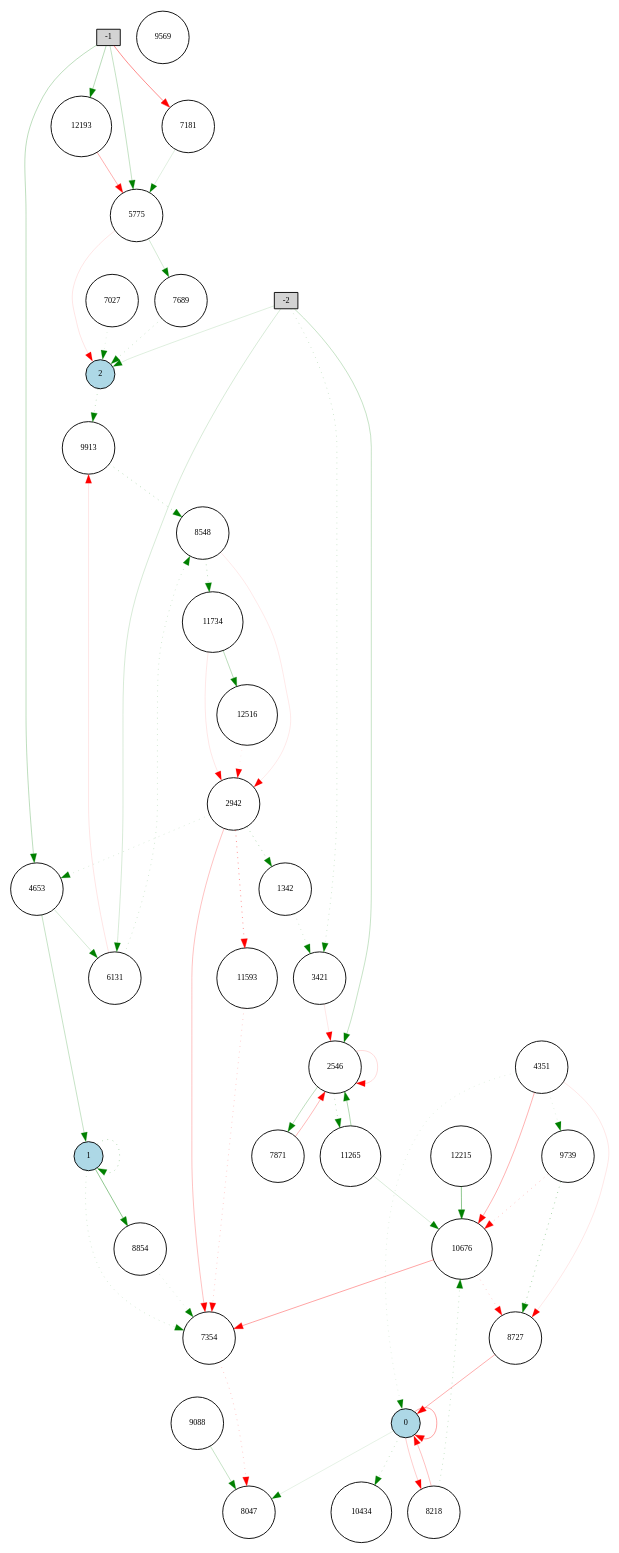
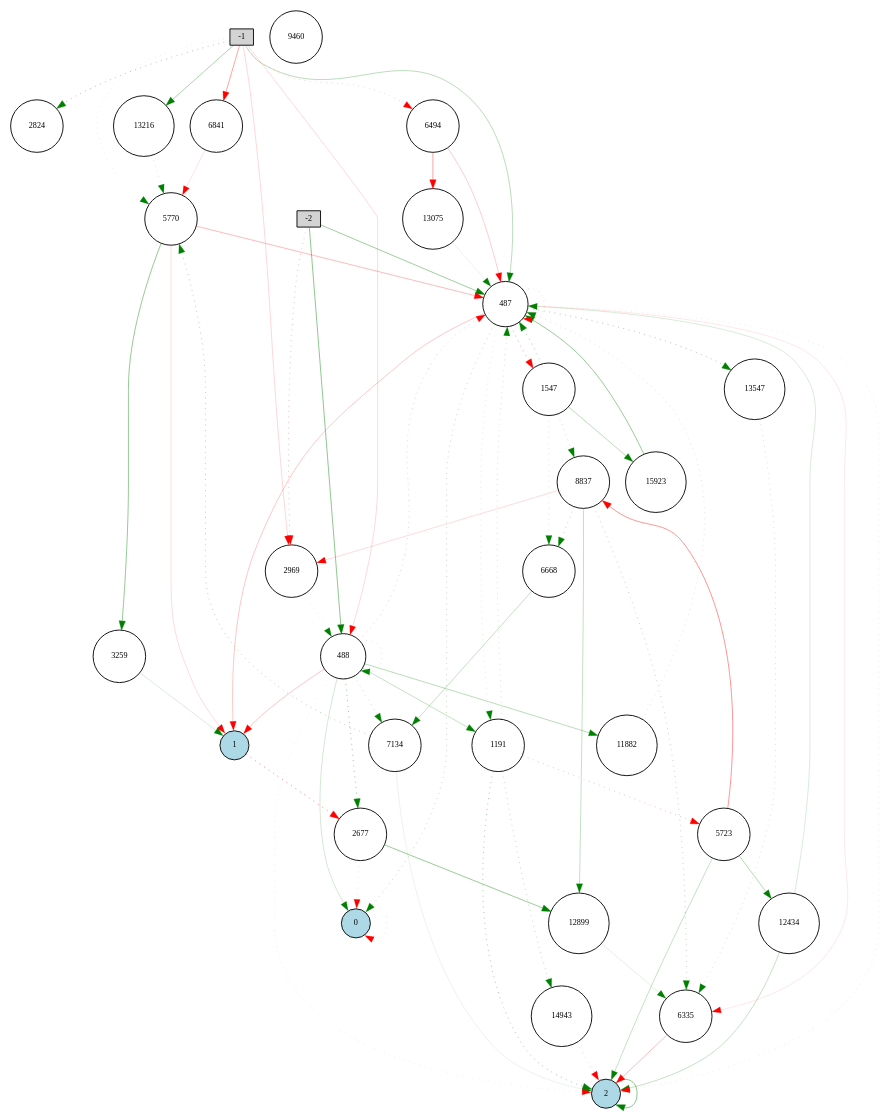
One commit to Aayush499/Neat-Foraging changed the diagram in Digraph.gv. Above: the diagram before and after it, drawn with Graphviz. The commit also changed 24 other files, not shown here.

```diff
--- a/Digraph.gv
+++ b/Digraph.gv
@@ -1,98 +1,102 @@
 digraph {
 	node [fontsize=9 height=0.2 shape=circle width=0.2]
 	-1 [fillcolor=lightgray shape=box style=filled]
 	-2 [fillcolor=lightgray shape=box style=filled]
 	0 [fillcolor=lightblue style=filled]
 	1 [fillcolor=lightblue style=filled]
 	2 [fillcolor=lightblue style=filled]
-	9088 [fillcolor=white style=filled]
-	11265 [fillcolor=white style=filled]
-	7689 [fillcolor=white style=filled]
-	9739 [fillcolor=white style=filled]
-	7181 [fillcolor=white style=filled]
-	5775 [fillcolor=white style=filled]
-	8854 [fillcolor=white style=filled]
-	8727 [fillcolor=white style=filled]
-	8218 [fillcolor=white style=filled]
-	12193 [fillcolor=white style=filled]
-	4653 [fillcolor=white style=filled]
-	10676 [fillcolor=white style=filled]
-	12215 [fillcolor=white style=filled]
-	9913 [fillcolor=white style=filled]
-	7354 [fillcolor=white style=filled]
-	1342 [fillcolor=white style=filled]
-	7871 [fillcolor=white style=filled]
-	10434 [fillcolor=white style=filled]
-	11593 [fillcolor=white style=filled]
-	11734 [fillcolor=white style=filled]
-	3421 [fillcolor=white style=filled]
-	9569 [fillcolor=white style=filled]
-	8548 [fillcolor=white style=filled]
-	12516 [fillcolor=white style=filled]
-	8047 [fillcolor=white style=filled]
-	2546 [fillcolor=white style=filled]
-	6131 [fillcolor=white style=filled]
-	7027 [fillcolor=white style=filled]
-	2942 [fillcolor=white style=filled]
-	4351 [fillcolor=white style=filled]
-	0 -> 0 [color=red penwidth=0.3973448801985413 style=solid]
-	1 -> 1 [color=green penwidth=0.3402972360429062 style=dotted]
-	-2 -> 2546 [color=green penwidth=0.249166148790419 style=solid]
-	-2 -> 3421 [color=green penwidth=0.219787595434227 style=dotted]
-	2546 -> 2546 [color=red penwidth=0.15935100483867343 style=solid]
-	2942 -> 1342 [color=green penwidth=0.35621365398152927 style=dotted]
-	4351 -> 0 [color=green penwidth=0.1426134533035341 style=dotted]
-	2942 -> 4653 [color=green penwidth=0.17691381959891742 style=dotted]
-	4653 -> 1 [color=green penwidth=0.24522535750612015 style=solid]
-	-2 -> 2 [color=green penwidth=0.1485450531365002 style=solid]
-	5775 -> 2 [color=red penwidth=0.11785643170216611 style=solid]
-	1342 -> 3421 [color=green penwidth=0.2025737249655818 style=dotted]
-	7027 -> 2 [color=green penwidth=0.14993106565103803 style=dotted]
-	7181 -> 5775 [color=green penwidth=0.136851287529629 style=solid]
-	4653 -> 6131 [color=green penwidth=0.19321105940900174 style=solid]
-	1 -> 7354 [color=green penwidth=0.1907868893836428 style=dotted]
-	5775 -> 7689 [color=green penwidth=0.1888477834542457 style=solid]
-	7689 -> 2 [color=green penwidth=0.24697622020509288 style=dotted]
-	2546 -> 7871 [color=green penwidth=0.28997447544717253 style=solid]
-	7871 -> 2546 [color=red penwidth=0.3144899530198034 style=solid]
-	0 -> 8047 [color=green penwidth=0.11603168456021976 style=solid]
-	0 -> 8218 [color=red penwidth=0.22454776598780934 style=solid]
-	8218 -> 0 [color=red penwidth=0.2839561644094748 style=solid]
-	6131 -> 8548 [color=green penwidth=0.21250222794723775 style=dotted]
-	4351 -> 8727 [color=red penwidth=0.11184541769221382 style=solid]
-	8727 -> 0 [color=red penwidth=0.36205066697258204 style=solid]
-	-2 -> 6131 [color=green penwidth=0.17966146319351892 style=solid]
-	1 -> 8854 [color=green penwidth=0.4893221133408543 style=solid]
-	8854 -> 7354 [color=green penwidth=0.15573951113796358 style=dotted]
-	9088 -> 8047 [color=green penwidth=0.24675468639585088 style=solid]
-	-1 -> 4653 [color=green penwidth=0.2930003188843008 style=solid]
-	-1 -> 5775 [color=green penwidth=0.2555519510656672 style=solid]
-	-1 -> 7181 [color=red penwidth=0.49982828685270686 style=solid]
-	4351 -> 9739 [color=green penwidth=0.1354973143189077 style=dotted]
-	9739 -> 8727 [color=green penwidth=0.4019361921479824 style=dotted]
-	6131 -> 9913 [color=red penwidth=0.11942470710784883 style=solid]
-	9913 -> 8548 [color=green penwidth=0.32076773139047937 style=dotted]
-	0 -> 10434 [color=green penwidth=0.27418644741216736 style=dotted]
-	4351 -> 10676 [color=red penwidth=0.34129340797269997 style=solid]
-	10676 -> 8727 [color=red penwidth=0.23478877144425325 style=dotted]
-	2942 -> 7354 [color=red penwidth=0.267960626766963 style=solid]
-	2 -> 9913 [color=green penwidth=0.27836660594493084 style=dotted]
-	8218 -> 10676 [color=green penwidth=0.24783084824593637 style=dotted]
-	2546 -> 11265 [color=green penwidth=0.3015281644454968 style=dotted]
-	11265 -> 2546 [color=green penwidth=0.3374321995580395 style=solid]
-	11265 -> 10676 [color=green penwidth=0.1686914992289013 style=solid]
-	2942 -> 11593 [color=red penwidth=0.49529041283131403 style=dotted]
-	11593 -> 7354 [color=red penwidth=0.22521335210134008 style=dotted]
-	8548 -> 2942 [color=red penwidth=0.10395415148688365 style=solid]
-	8548 -> 11734 [color=green penwidth=0.3134305569619441 style=dotted]
-	11734 -> 2942 [color=red penwidth=0.11171300802847624 style=solid]
-	7354 -> 8047 [color=red penwidth=0.2466146386747994 style=dotted]
-	10676 -> 7354 [color=red penwidth=0.3952816326426284 style=solid]
-	-1 -> 12193 [color=green penwidth=0.30701354159155037 style=solid]
-	12193 -> 5775 [color=red penwidth=0.3477338634726871 style=solid]
-	3421 -> 2546 [color=red penwidth=0.11326020249088986 style=solid]
-	12215 -> 10676 [color=green penwidth=0.4851523715913493 style=solid]
-	11734 -> 12516 [color=green penwidth=0.30000000000000004 style=solid]
-	12516 -> 2942 [color=red penwidth=0.10195978580351316 style=dotted]
-	9739 -> 10676 [color=red penwidth=0.28520870559266553 style=dotted]
+	8837 [fillcolor=white style=filled]
+	2824 [fillcolor=white style=filled]
+	5770 [fillcolor=white style=filled]
+	1547 [fillcolor=white style=filled]
+	6668 [fillcolor=white style=filled]
+	12434 [fillcolor=white style=filled]
+	13075 [fillcolor=white style=filled]
+	2969 [fillcolor=white style=filled]
+	13216 [fillcolor=white style=filled]
+	1191 [fillcolor=white style=filled]
+	15923 [fillcolor=white style=filled]
+	6841 [fillcolor=white style=filled]
+	3259 [fillcolor=white style=filled]
+	6335 [fillcolor=white style=filled]
+	5723 [fillcolor=white style=filled]
+	7134 [fillcolor=white style=filled]
+	6494 [fillcolor=white style=filled]
+	14943 [fillcolor=white style=filled]
+	12899 [fillcolor=white style=filled]
+	487 [fillcolor=white style=filled]
+	488 [fillcolor=white style=filled]
+	11882 [fillcolor=white style=filled]
+	13547 [fillcolor=white style=filled]
+	9460 [fillcolor=white style=filled]
+	2677 [fillcolor=white style=filled]
+	-1 -> 487 [color=green penwidth=0.30214302006342664 style=solid]
+	-1 -> 488 [color=red penwidth=0.17339538965380324 style=solid]
+	-2 -> 487 [color=green penwidth=0.41574213190841636 style=solid]
+	-2 -> 488 [color=green penwidth=0.4929276035703988 style=solid]
+	487 -> 0 [color=green penwidth=0.28637968892733323 style=dotted]
+	487 -> 1 [color=red penwidth=0.2467504421227534 style=solid]
+	487 -> 2 [color=red penwidth=0.11870454864100481 style=dotted]
+	488 -> 0 [color=green penwidth=0.19723120479370987 style=solid]
+	488 -> 1 [color=red penwidth=0.25794609942716884 style=solid]
+	488 -> 2 [color=red penwidth=0.10280801280420425 style=dotted]
+	0 -> 0 [color=red penwidth=0.15193888953892976 style=dotted]
+	2 -> 2 [color=green penwidth=0.4909419054204974 style=solid]
+	487 -> 487 [color=red penwidth=0.19520048789443056 style=dotted]
+	488 -> 488 [color=green penwidth=0.19609583612950365 style=dotted]
+	488 -> 1191 [color=green penwidth=0.25582103453587934 style=solid]
+	1191 -> 2 [color=green penwidth=0.45326593851928465 style=dotted]
+	487 -> 1191 [color=green penwidth=0.1576921617311433 style=dotted]
+	1191 -> 487 [color=green penwidth=0.23476844514870532 style=dotted]
+	1547 -> 487 [color=green penwidth=0.4394213420074624 style=dotted]
+	488 -> 2677 [color=green penwidth=0.5145393701780924 style=dotted]
+	2677 -> 0 [color=red penwidth=0.13960299220431338 style=dotted]
+	488 -> 487 [color=red penwidth=0.24745652351391853 style=dotted]
+	-1 -> 2824 [color=green penwidth=0.421025645270633 style=dotted]
+	-1 -> 2969 [color=red penwidth=0.1813604978113197 style=solid]
+	2969 -> 488 [color=green penwidth=0.1357078961216339 style=dotted]
+	1191 -> 5723 [color=red penwidth=0.3159618647983623 style=dotted]
+	5723 -> 2 [color=green penwidth=0.26191900220228814 style=solid]
+	3259 -> 1 [color=green penwidth=0.16892238064192514 style=solid]
+	-1 -> 5770 [color=green penwidth=0.1206522833260285 style=dotted]
+	5770 -> 487 [color=red penwidth=0.30429648675836185 style=solid]
+	487 -> 1547 [color=red penwidth=0.5046038014477058 style=dotted]
+	6335 -> 2 [color=red penwidth=0.28792951608020634 style=solid]
+	-1 -> 6494 [color=red penwidth=0.24014435481343682 style=dotted]
+	6494 -> 487 [color=red penwidth=0.22199996574424935 style=solid]
+	5770 -> 3259 [color=green penwidth=0.464849085354728 style=solid]
+	1547 -> 6668 [color=green penwidth=0.19047820324608852 style=dotted]
+	-2 -> 2969 [color=red penwidth=0.31613680424970425 style=dotted]
+	-1 -> 6841 [color=red penwidth=0.398023764988205 style=solid]
+	6841 -> 5770 [color=red penwidth=0.1290935413333666 style=solid]
+	487 -> 6335 [color=red penwidth=0.10554017656254949 style=solid]
+	488 -> 7134 [color=green penwidth=0.28053279049328395 style=dotted]
+	7134 -> 2 [color=green penwidth=0.10052797081166376 style=solid]
+	1 -> 2677 [color=red penwidth=0.5829935503797296 style=dotted]
+	1547 -> 8837 [color=green penwidth=0.2646667160262158 style=dotted]
+	8837 -> 6668 [color=green penwidth=0.3377807690852441 style=dotted]
+	7134 -> 5770 [color=green penwidth=0.36957716859465284 style=dotted]
+	5770 -> 1 [color=red penwidth=0.15639965480846588 style=solid]
+	488 -> 11882 [color=green penwidth=0.3065508315114485 style=solid]
+	11882 -> 487 [color=green penwidth=0.192630016565491 style=dotted]
+	8837 -> 2969 [color=red penwidth=0.16031019309148442 style=solid]
+	5723 -> 12434 [color=green penwidth=0.3341443835754643 style=solid]
+	12434 -> 2 [color=green penwidth=0.2629841848012749 style=solid]
+	8837 -> 6335 [color=green penwidth=0.32765489510785295 style=dotted]
+	8837 -> 12899 [color=green penwidth=0.26693463510896 style=solid]
+	12899 -> 6335 [color=green penwidth=0.13148441162727195 style=solid]
+	6494 -> 13075 [color=red penwidth=0.41189095349555493 style=solid]
+	13075 -> 487 [color=green penwidth=0.10395607402364913 style=solid]
+	-1 -> 13216 [color=green penwidth=0.37048261695757245 style=solid]
+	13216 -> 5770 [color=green penwidth=0.19362200393967427 style=dotted]
+	2677 -> 12899 [color=green penwidth=0.45351663688774047 style=solid]
+	487 -> 13547 [color=green penwidth=0.44732753055049346 style=dotted]
+	13547 -> 6335 [color=green penwidth=0.22056661920089288 style=dotted]
+	5723 -> 8837 [color=red penwidth=0.46187810889376235 style=solid]
+	12434 -> 487 [color=green penwidth=0.16825686133383747 style=solid]
+	1191 -> 14943 [color=green penwidth=0.3172715604423029 style=dotted]
+	14943 -> 2 [color=red penwidth=0.20131775780504882 style=dotted]
+	6668 -> 7134 [color=green penwidth=0.2600941579528261 style=solid]
+	1547 -> 15923 [color=green penwidth=0.30000000000000004 style=solid]
+	15923 -> 487 [color=green penwidth=0.4502611361641198 style=solid]
 }
```
